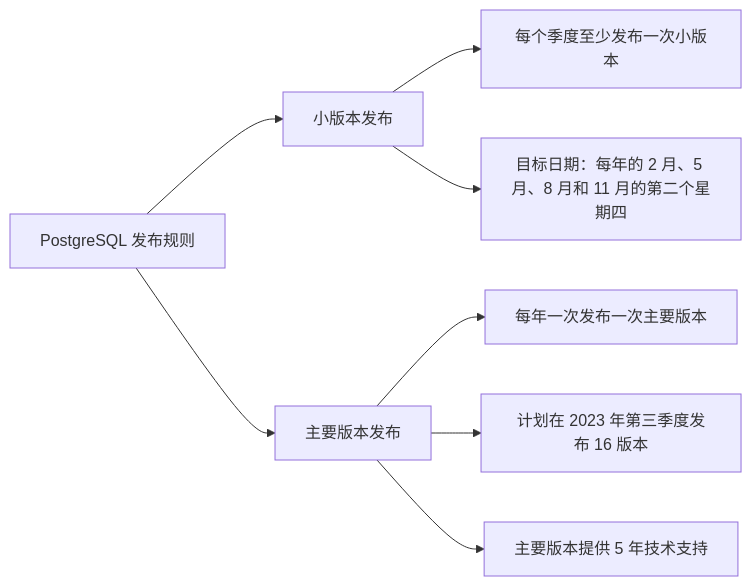
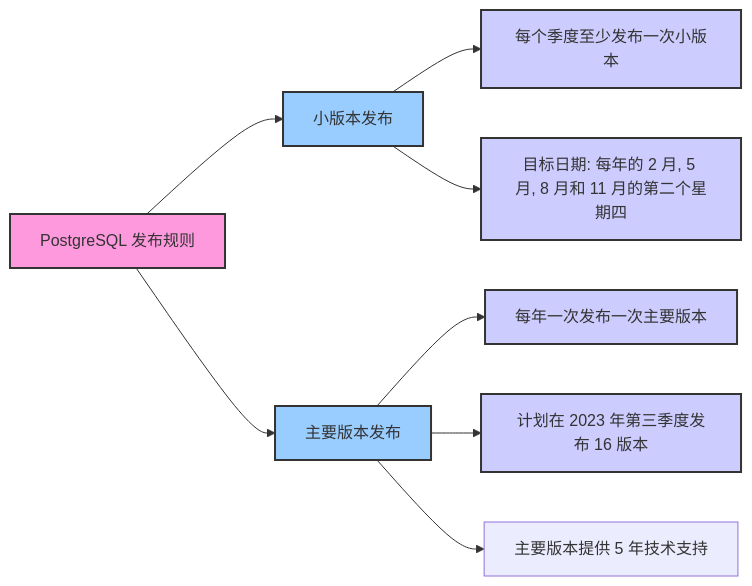
The second of 2 diagrams in wiki/database-system/PostgreSQL/概述.md (SevenWate/wiki), drawn with Mermaid before and after one commit. The commit also changed other lines of this file and 4 other files, not shown here.

Commit message:
Postgresql: 概述架构图

````diff
--- a/wiki/database-system/PostgreSQL/概述.md
+++ b/wiki/database-system/PostgreSQL/概述.md
@@ -71,24 +181,33 @@
 ```mermaid
 graph LR
+    style A fill:#f9d,stroke:#333,stroke-width:2px;
+    style B fill:#9cf,stroke:#333,stroke-width:2px;
+    style C fill:#9cf,stroke:#333,stroke-width:2px;
+    style D fill:#ccf,stroke:#333,stroke-width:2px;
+    style E fill:#ccf,stroke:#333,stroke-width:2px;
+    style F fill:#ccf,stroke:#333,stroke-width:2px;
+    style G fill:#ccf,stroke:#333,stroke-width:2px;
+    
     A[PostgreSQL 发布规则]
     B[小版本发布]
     C[主要版本发布]
     D[小版本发布周期]
     E[主要版本发布日期]
     F[小版本发布目标日期]
     G[下一个主要版本]
     
     A --> B
     A --> C
     B --> D
     B --> F
     C --> E
     C --> G
     C --> H
     
     D[每个季度至少发布一次小版本]
-    F[目标日期：每年的 2 月、5 月、8 月和 11 月的第二个星期四]
+    F[目标日期: 每年的 2 月, 5 月, 8 月和 11 月的第二个星期四]
     E[每年一次发布一次主要版本]
     G[计划在 2023 年第三季度发布 16 版本]
     H[主要版本提供 5 年技术支持]
+
 ```
````
